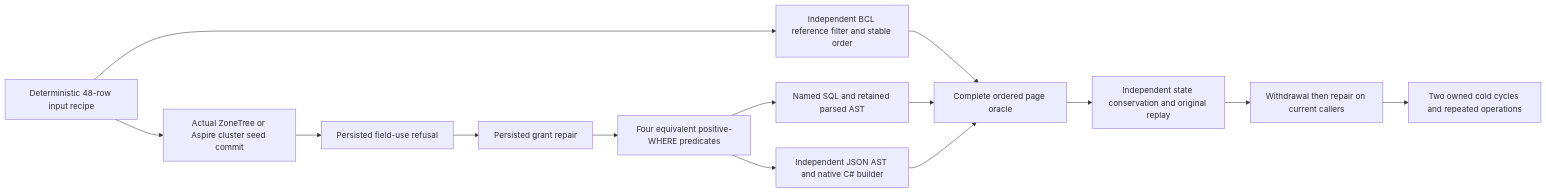
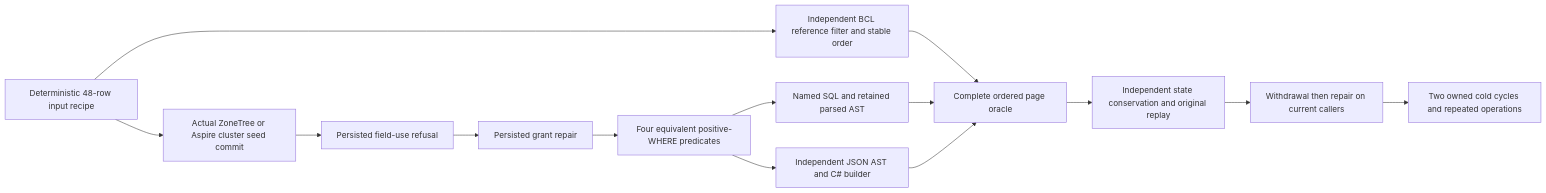
One commit to managedcode/KeyLoad changed the diagram in docs/Features/QueryExecution/GeneratedMetamorphicReference.md. Above: the diagram before and after it, drawn with Mermaid. The commit also changed other lines of this file and 9016 other files, not shown here.

````diff
--- a/docs/Features/QueryExecution/GeneratedMetamorphicReference.md
+++ b/docs/Features/QueryExecution/GeneratedMetamorphicReference.md
@@ -5,16 +5,16 @@
 ```mermaid
 flowchart LR
     G[Deterministic 48-row input recipe] --> R[Independent BCL reference filter and stable order]
     G --> Z[Actual ZoneTree or Aspire cluster seed commit]
     Z --> D[Persisted field-use refusal]
     D --> P[Persisted grant repair]
     P --> T[Four equivalent positive-WHERE predicates]
     T --> S[Named SQL and retained parsed AST]
-    T --> J[Independent JSON AST and native C# builder]
+    T --> J[Independent JSON AST and C# builder]
     R --> O[Complete ordered page oracle]
     S --> O
     J --> O
     O --> C[Independent state conservation and original replay]
     C --> W[Withdrawal then repair on current callers]
     W --> K[Two owned cold cycles and repeated operations]
 ```
````
